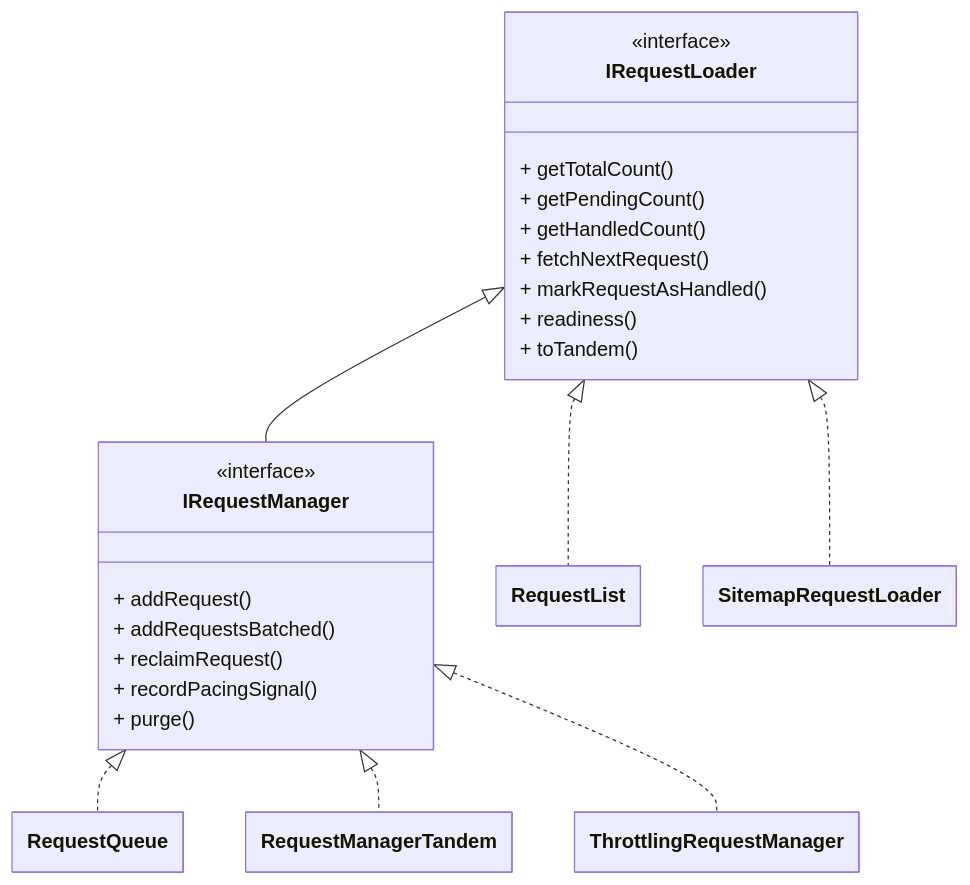
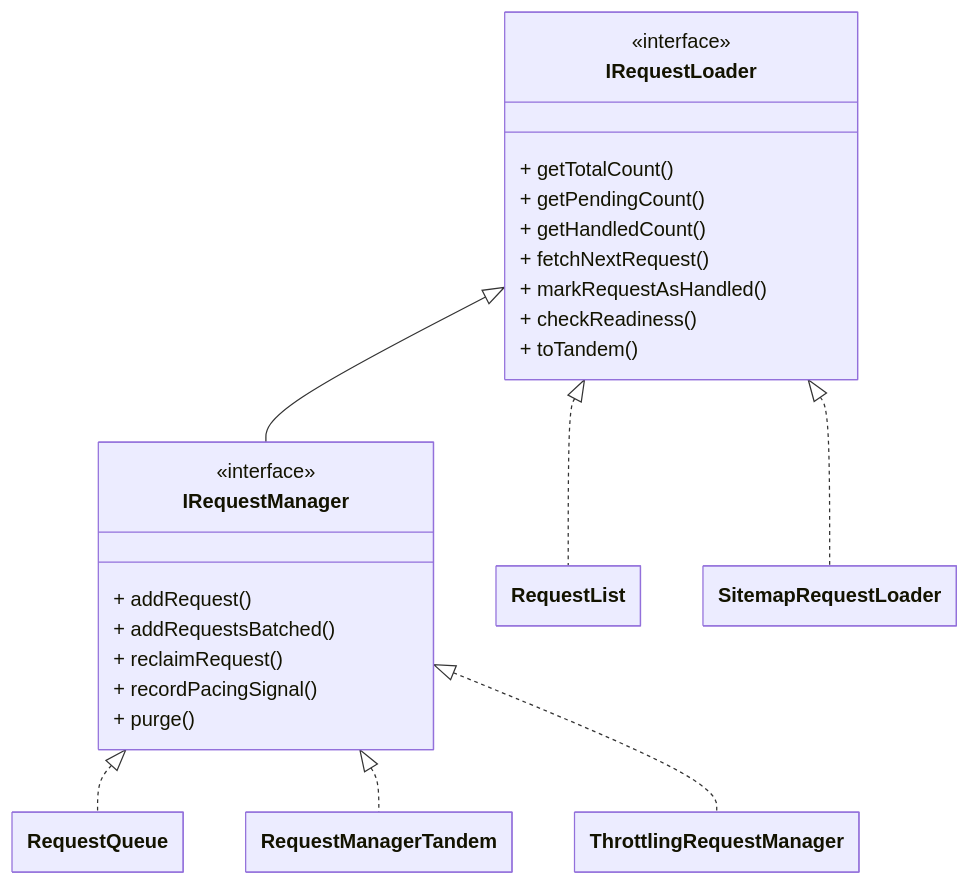
The diagram in docs/guides/request_loaders.mdx (apify/crawlee), drawn with Mermaid before and after one commit. The commit also changed 19 other files, not shown here.

Commit message:
readiness -> checkReadiness, RequestLoaderState -> RequestLoaderStatus

````diff
--- a/docs/guides/request_loaders.mdx
+++ b/docs/guides/request_loaders.mdx
@@ -38,58 +38,58 @@
 ```mermaid
 ---
 config:
     class:
         hideEmptyMembersBox: true
 ---
 
 classDiagram
 
 %% ========================
 %% Abstract interfaces
 %% ========================
 
 class IRequestLoader {
     <<interface>>
     + getTotalCount()
     + getPendingCount()
     + getHandledCount()
     + fetchNextRequest()
     + markRequestAsHandled()
-    + readiness()
+    + checkReadiness()
     + toTandem()
 }
 
 class IRequestManager {
     <<interface>>
     + addRequest()
     + addRequestsBatched()
     + reclaimRequest()
     + recordPacingSignal()
     + purge()
 }
 
 %% ========================
 %% Concrete classes
 %% ========================
 
 class RequestQueue
 
 class RequestList
 
 class SitemapRequestLoader
 
 class RequestManagerTandem
 
 class ThrottlingRequestManager
 
 %% ========================
 %% Inheritance arrows
 %% ========================
 
 IRequestLoader <|-- IRequestManager
 IRequestLoader <|.. RequestList
 IRequestLoader <|.. SitemapRequestLoader
 IRequestManager <|.. RequestQueue
 IRequestManager <|.. RequestManagerTandem
 IRequestManager <|.. ThrottlingRequestManager
 ```
````
